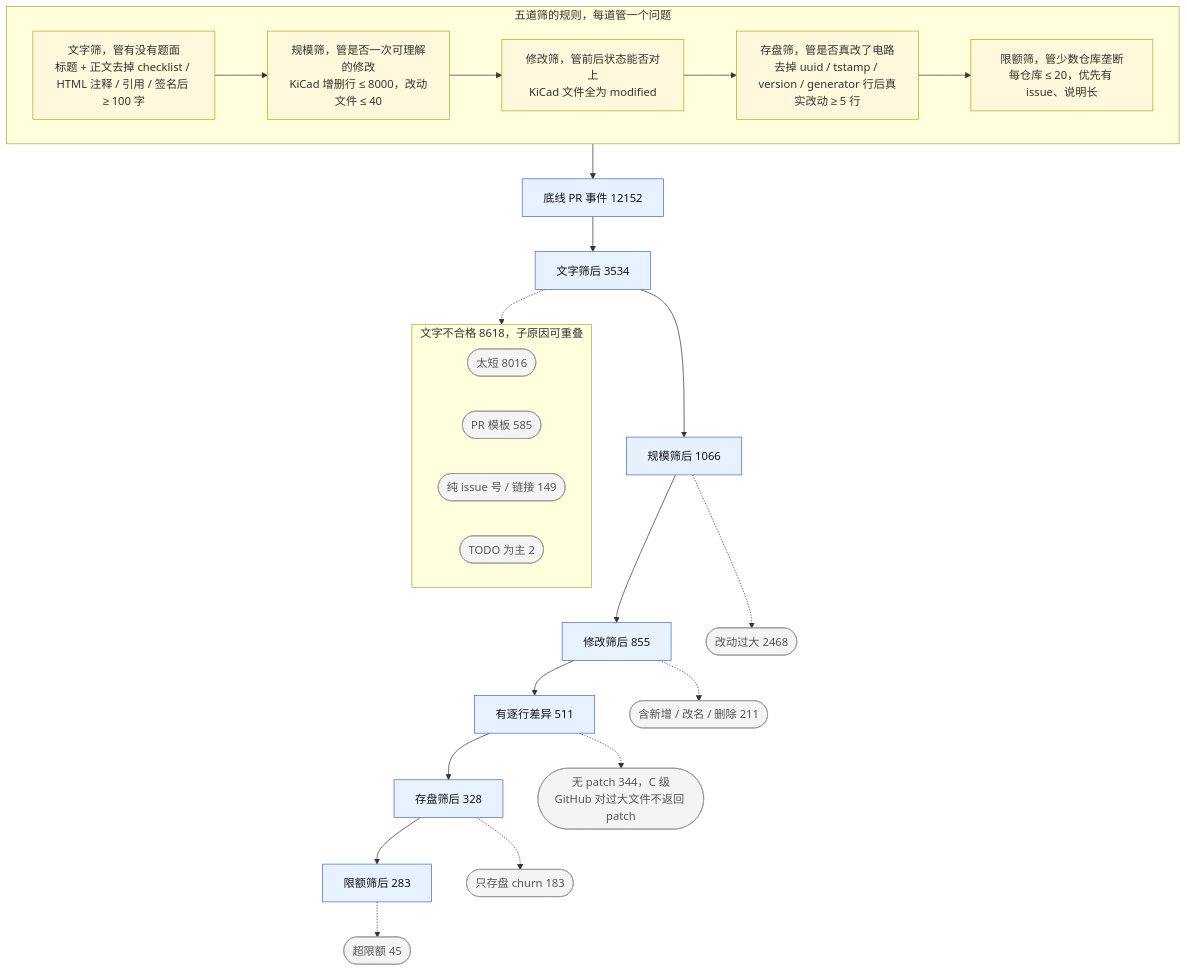
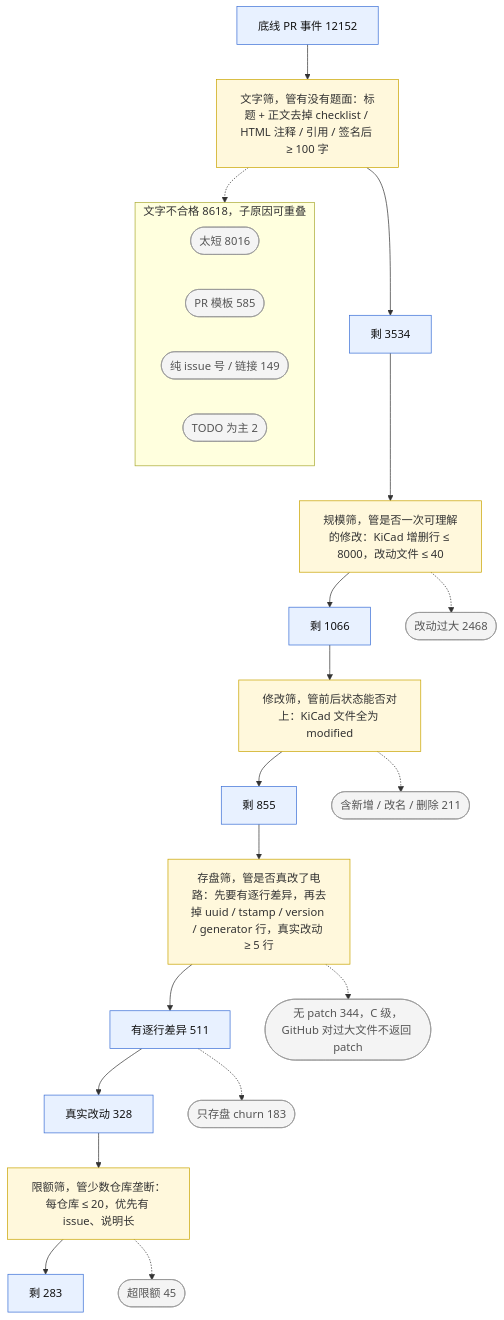
One commit to Xiafyjck/github_kicad_project_scout changed the fourth of 5 diagrams in reports/progress_report.md. Above: the diagram before and after it, drawn with Mermaid. The commit also changed other lines of this file, not shown here.

Commit message:
reports: rule boxes are single wide lines, one box per rule

````diff
--- a/reports/progress_report.md
+++ b/reports/progress_report.md
@@ -226,39 +210,33 @@
 ```mermaid
 flowchart TB
     classDef exit fill:#f4f4f4,stroke:#999,color:#555
     classDef keep fill:#e8f1ff,stroke:#3b6fd6,color:#111
     classDef rule fill:#fff8dc,stroke:#c9a400,color:#333
 
-    subgraph RULES[五道筛的规则，每道管一个问题]
-        direction LR
-        Rb[文字筛，管有没有题面<br/>标题 + 正文去掉 checklist / HTML 注释 / 引用 / 签名后 ≥ 100 字]:::rule
-        Rc[规模筛，管是否一次可理解的修改<br/>KiCad 增删行 ≤ 8000，改动文件 ≤ 40]:::rule
-        Rd[修改筛，管前后状态能否对上<br/>KiCad 文件全为 modified]:::rule
-        Re[存盘筛，管是否真改了电路<br/>去掉 uuid / tstamp / version / generator 行后真实改动 ≥ 5 行]:::rule
-        Rf[限额筛，管少数仓库垄断<br/>每仓库 ≤ 20，优先有 issue、说明长]:::rule
-        Rb --> Rc --> Rd --> Re --> Rf
-    end
-
     P3[底线 PR 事件 12152]:::keep
-    RULES --> P3
-    P3 --> P4[文字筛后 3534]:::keep
-    P4 --> P5[规模筛后 1066]:::keep
-    P5 --> P6[修改筛后 855]:::keep
-    P6 --> P7[有逐行差异 511]:::keep
-    P7 --> P8[存盘筛后 328]:::keep
-    P8 --> P9[限额筛后 283]:::keep
+    P3 --> Rb[文字筛，管有没有题面：标题 + 正文去掉 checklist / HTML 注释 / 引用 / 签名后 ≥ 100 字]:::rule
+    Rb --> P4[剩 3534]:::keep
+    P4 --> Rc[规模筛，管是否一次可理解的修改：KiCad 增删行 ≤ 8000，改动文件 ≤ 40]:::rule
+    Rc --> P5[剩 1066]:::keep
+    P5 --> Rd[修改筛，管前后状态能否对上：KiCad 文件全为 modified]:::rule
+    Rd --> P6[剩 855]:::keep
+    P6 --> Re[存盘筛，管是否真改了电路：先要有逐行差异，再去掉 uuid / tstamp / version / generator 行，真实改动 ≥ 5 行]:::rule
+    Re --> P7[有逐行差异 511]:::keep
+    P7 --> P8[真实改动 328]:::keep
+    P8 --> Rf[限额筛，管少数仓库垄断：每仓库 ≤ 20，优先有 issue、说明长]:::rule
+    Rf --> P9[剩 283]:::keep
 
     subgraph TX[文字不合格 8618，子原因可重叠]
         direction LR
         PX4a([太短 8016]):::exit
         PX4b([PR 模板 585]):::exit
         PX4c([纯 issue 号 / 链接 149]):::exit
         PX4d([TODO 为主 2]):::exit
     end
-    P4 -.-> TX
-    P5 -.-> PX5([改动过大 2468]):::exit
-    P6 -.-> PX6([含新增 / 改名 / 删除 211]):::exit
-    P7 -.-> PX7([无 patch 344，C 级<br/>GitHub 对过大文件不返回 patch]):::exit
-    P8 -.-> PX8([只存盘 churn 183]):::exit
-    P9 -.-> PX9([超限额 45]):::exit
+    Rb -.-> TX
+    Rc -.-> PX5([改动过大 2468]):::exit
+    Rd -.-> PX6([含新增 / 改名 / 删除 211]):::exit
+    Re -.-> PX7([无 patch 344，C 级，GitHub 对过大文件不返回 patch]):::exit
+    P7 -.-> PX8([只存盘 churn 183]):::exit
+    Rf -.-> PX9([超限额 45]):::exit
 ```
````
